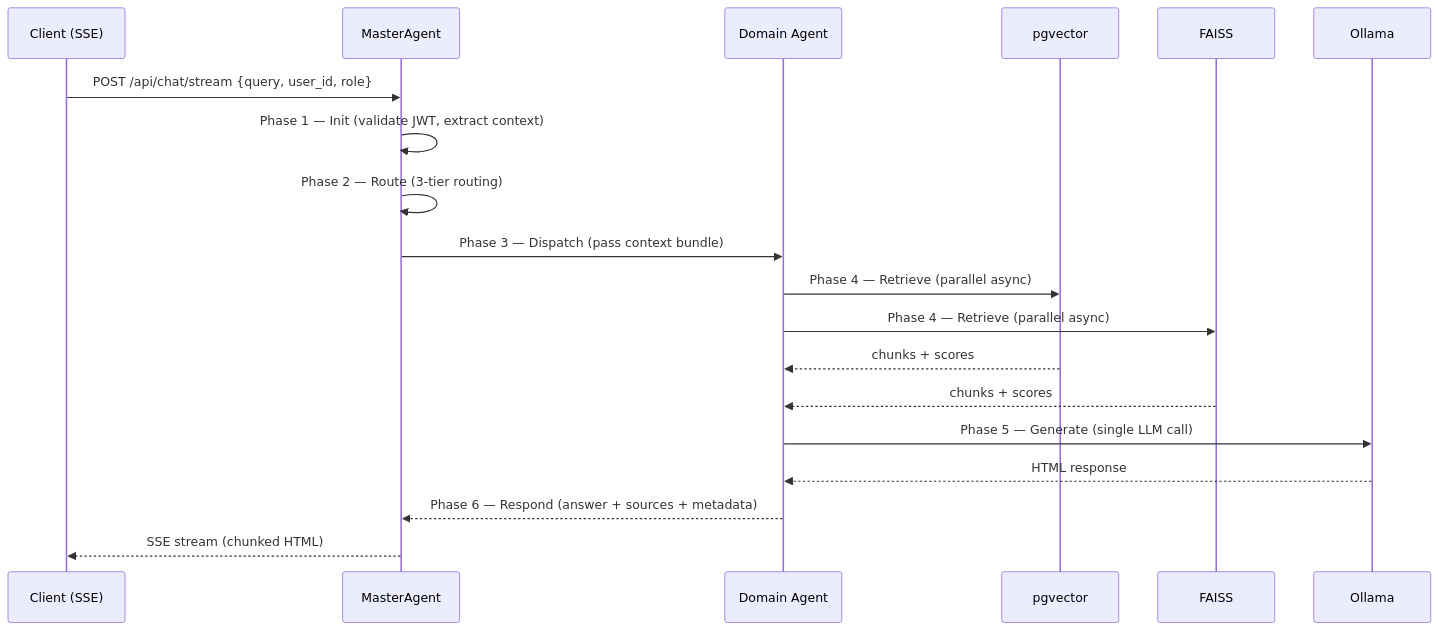
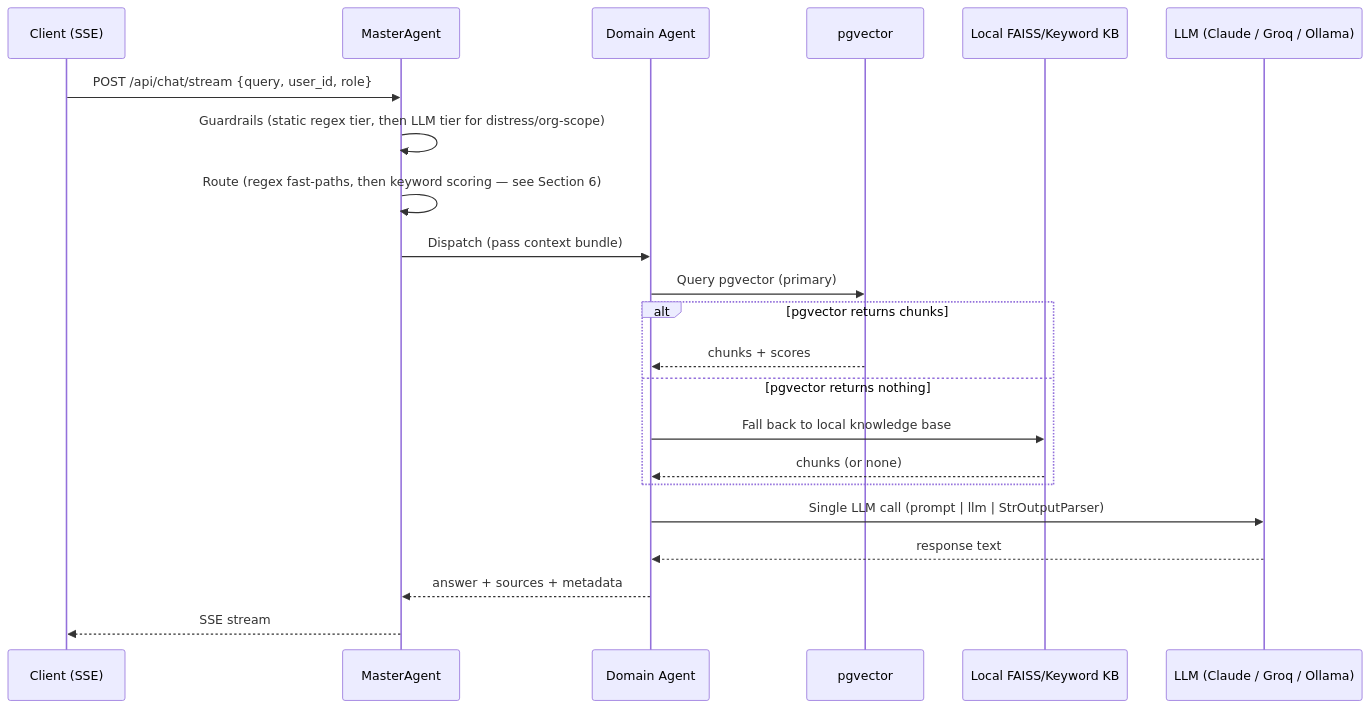
The first of 2 diagrams in knowledge-specs/docs/04-agents/agent-framework.md (pdikondaaa/aa-hackathon), drawn with Mermaid before and after one commit. The commit also changed other lines of this file and 71 other files, not shown here.

````diff
--- a/knowledge-specs/docs/04-agents/agent-framework.md
+++ b/knowledge-specs/docs/04-agents/agent-framework.md
@@ -122,22 +148,25 @@
 ```mermaid
 sequenceDiagram
     participant C as Client (SSE)
     participant M as MasterAgent
     participant A as Domain Agent
     participant P as pgvector
-    participant F as FAISS
-    participant O as Ollama
+    participant K as Local FAISS/Keyword KB
+    participant L as LLM (Claude / Groq / Ollama)
 
     C->>M: POST /api/chat/stream {query, user_id, role}
-    M->>M: Phase 1 — Init (validate JWT, extract context)
-    M->>M: Phase 2 — Route (3-tier routing)
-    M->>A: Phase 3 — Dispatch (pass context bundle)
-    A->>P: Phase 4 — Retrieve (parallel async)
-    A->>F: Phase 4 — Retrieve (parallel async)
-    P-->>A: chunks + scores
-    F-->>A: chunks + scores
-    A->>O: Phase 5 — Generate (single LLM call)
-    O-->>A: HTML response
-    A-->>M: Phase 6 — Respond (answer + sources + metadata)
-    M-->>C: SSE stream (chunked HTML)
+    M->>M: Guardrails (static regex tier, then LLM tier for distress/org-scope)
+    M->>M: Route (regex fast-paths, then keyword scoring — see Section 6)
+    M->>A: Dispatch (pass context bundle)
+    A->>P: Query pgvector (primary)
+    alt pgvector returns chunks
+        P-->>A: chunks + scores
+    else pgvector returns nothing
+        A->>K: Fall back to local knowledge base
+        K-->>A: chunks (or none)
+    end
+    A->>L: Single LLM call (prompt | llm | StrOutputParser)
+    L-->>A: response text
+    A-->>M: answer + sources + metadata
+    M-->>C: SSE stream
 ```
````
